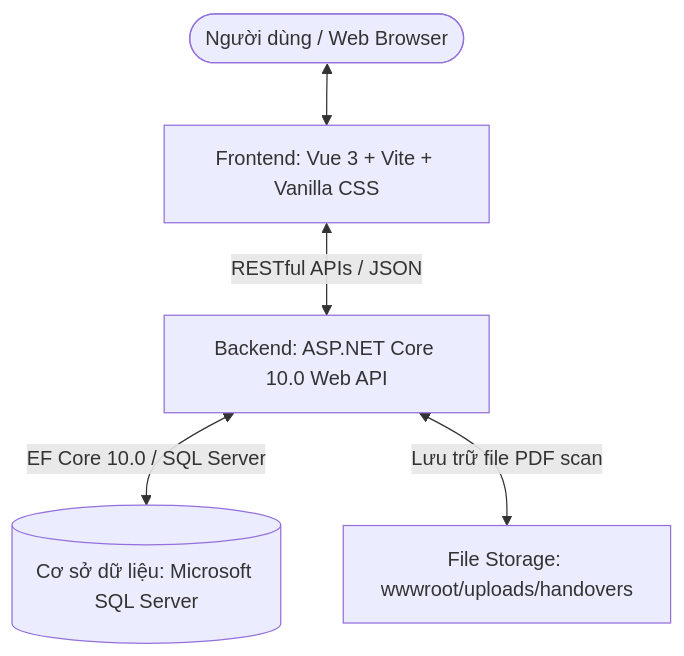
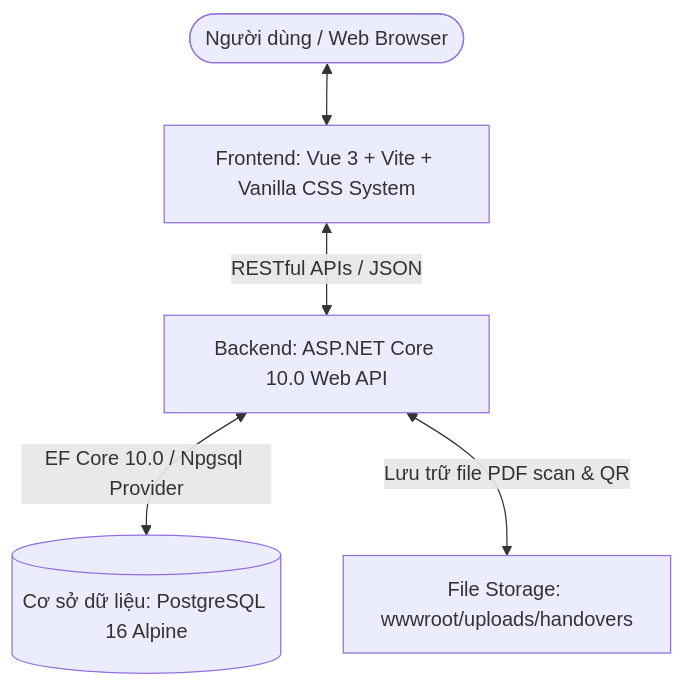
One commit to congkhanh0503/AssetManagament changed the first of 2 diagrams in README.md. Above: the diagram before and after it, drawn with Mermaid. The commit also changed other lines of this file and 61 other files, not shown here.

````diff
--- a/README.md
+++ b/README.md
@@ -42,7 +46,7 @@
 ```mermaid
 graph TD
-    User([Người dùng / Web Browser]) <--> Frontend[Frontend: Vue 3 + Vite + Vanilla CSS]
+    User([Người dùng / Web Browser]) <--> Frontend[Frontend: Vue 3 + Vite + Vanilla CSS System]
     Frontend <-->|RESTful APIs / JSON| Backend[Backend: ASP.NET Core 10.0 Web API]
-    Backend <-->|EF Core 10.0 / SQL Server| Database[(Cơ sở dữ liệu: Microsoft SQL Server)]
-    Backend <-->|Lưu trữ file PDF scan| LocalStorage[File Storage: wwwroot/uploads/handovers]
+    Backend <-->|EF Core 10.0 / Npgsql Provider| Database[(Cơ sở dữ liệu: PostgreSQL 16 Alpine)]
+    Backend <-->|Lưu trữ file PDF scan & QR| LocalStorage[File Storage: wwwroot/uploads/handovers]
 ```
````
